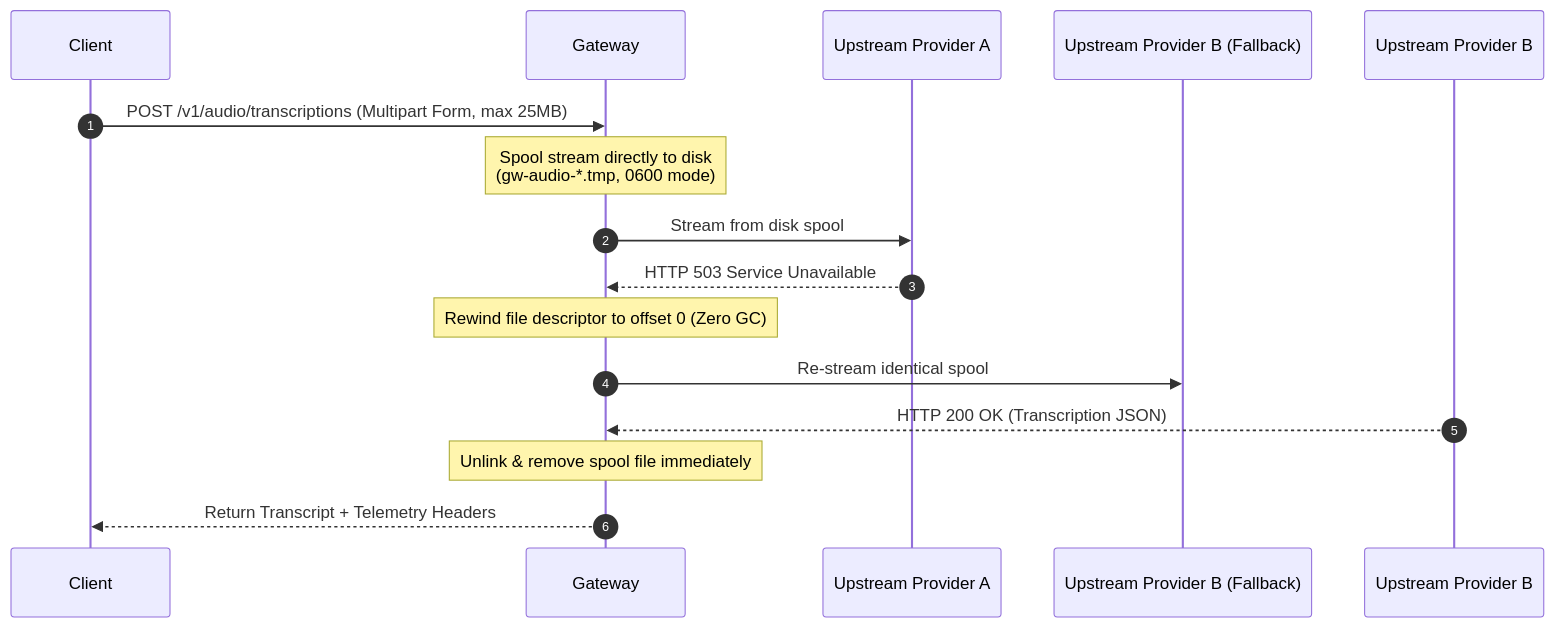
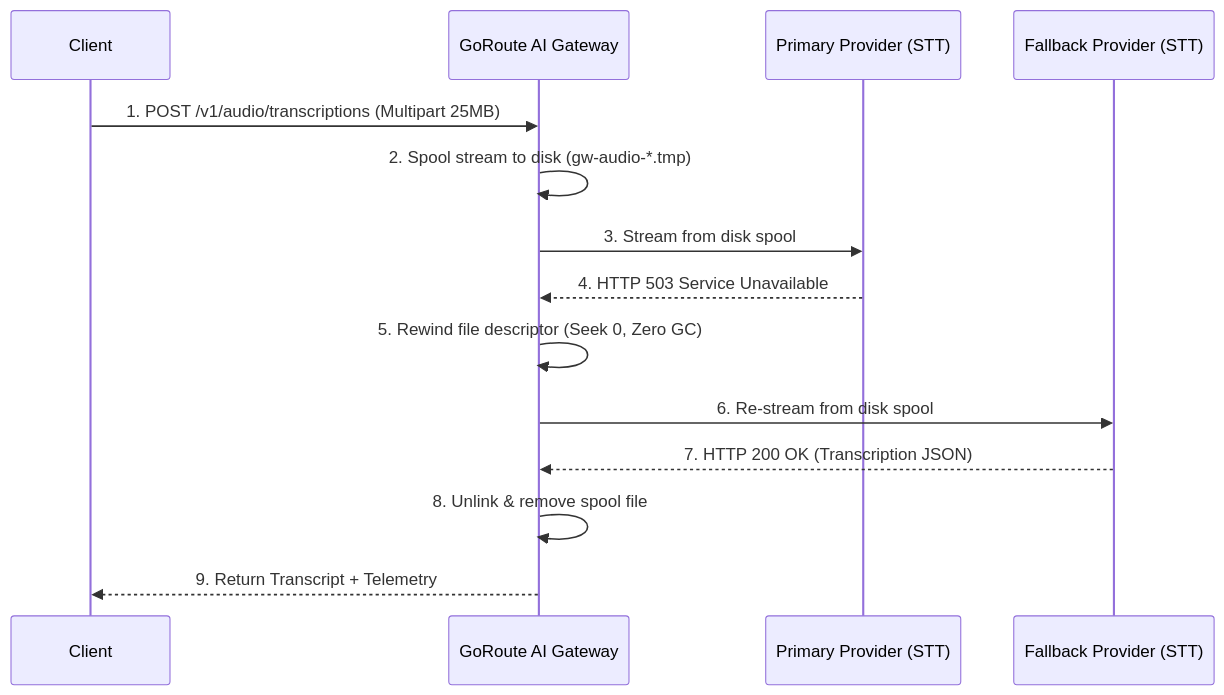
The diagram in docs/data-plane/audio.md (goroute-ai/goroute-ai.github.io), drawn with Mermaid before and after one commit. The commit also changed 12 other files, not shown here.

Commit message:
fix(mermaid): overhaul sequence diagrams, eliminate parser drops, and polish styling

````diff
--- a/docs/data-plane/audio.md
+++ b/docs/data-plane/audio.md
@@ -40,13 +40,17 @@
 ```mermaid
 sequenceDiagram
-    autonumber
-    Client ->> Gateway: POST /v1/audio/transcriptions (Multipart Form, max 25MB)
-    Note over Gateway: Spool stream directly to disk<br/>(gw-audio-*.tmp, 0600 mode)
-    Gateway ->> Upstream Provider A: Stream from disk spool
-    Upstream Provider A -->> Gateway: HTTP 503 Service Unavailable
-    Note over Gateway: Rewind file descriptor to offset 0 (Zero GC)
-    Gateway ->> Upstream Provider B (Fallback): Re-stream identical spool
-    Upstream Provider B -->> Gateway: HTTP 200 OK (Transcription JSON)
-    Note over Gateway: Unlink & remove spool file immediately
-    Gateway -->> Client: Return Transcript + Telemetry Headers
+    participant Client
+    participant GW as GoRoute AI Gateway
+    participant ProvA as Primary Provider (STT)
+    participant ProvB as Fallback Provider (STT)
+
+    Client->>GW: 1. POST /v1/audio/transcriptions (Multipart 25MB)
+    GW->>GW: 2. Spool stream to disk (gw-audio-*.tmp)
+    GW->>ProvA: 3. Stream from disk spool
+    ProvA-->>GW: 4. HTTP 503 Service Unavailable
+    GW->>GW: 5. Rewind file descriptor (Seek 0, Zero GC)
+    GW->>ProvB: 6. Re-stream from disk spool
+    ProvB-->>GW: 7. HTTP 200 OK (Transcription JSON)
+    GW->>GW: 8. Unlink & remove spool file
+    GW-->>Client: 9. Return Transcript + Telemetry
 ```
````
